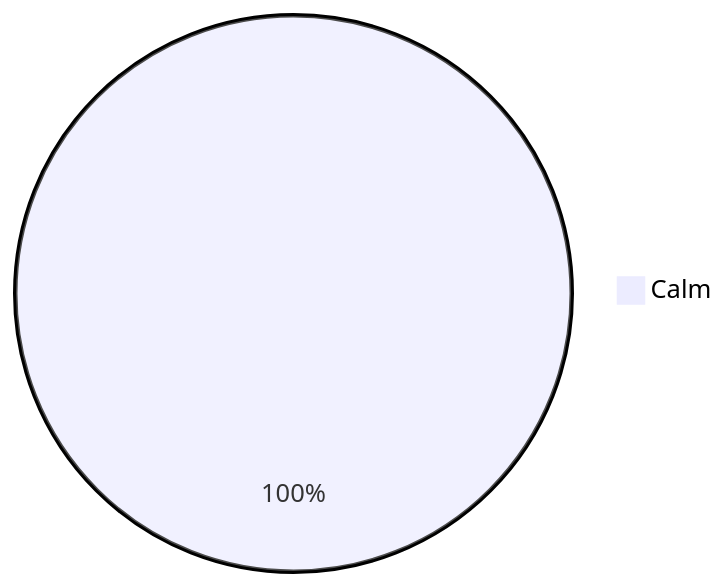
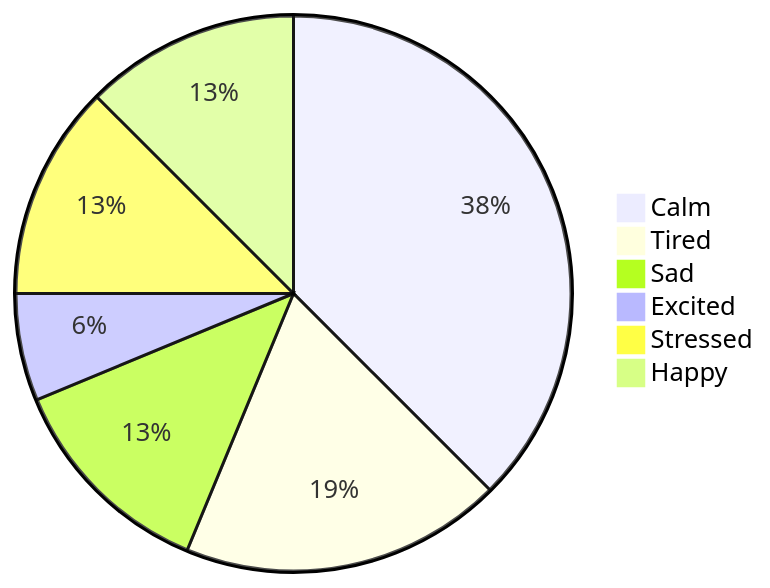
The sixth of 17 diagrams in documentation/interviews-surveys/mood-mental-health-survey-V2.md (S4-Smart-mobile/S4-Smart-Mobile), drawn with Mermaid before and after one commit. The commit also changed other lines of this file, not shown here.

````diff
--- a/documentation/interviews-surveys/mood-mental-health-survey-V2.md
+++ b/documentation/interviews-surveys/mood-mental-health-survey-V2.md
@@ -129,4 +146,9 @@
 ```mermaid
 pie
-"Calm": 2
+"Calm": 6
+"Tired": 3
+"Sad": 2
+"Excited": 1
+"Stressed": 2
+"Happy": 2
 ```
````
